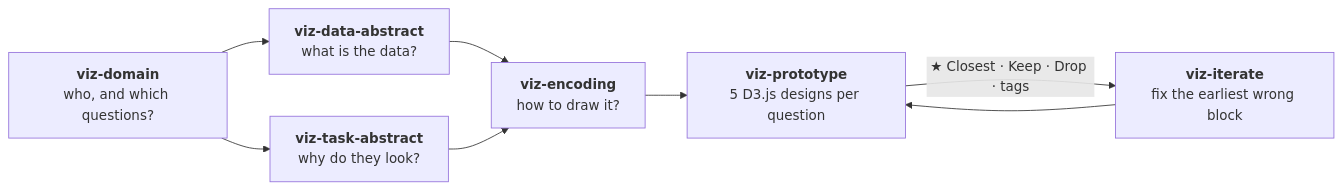
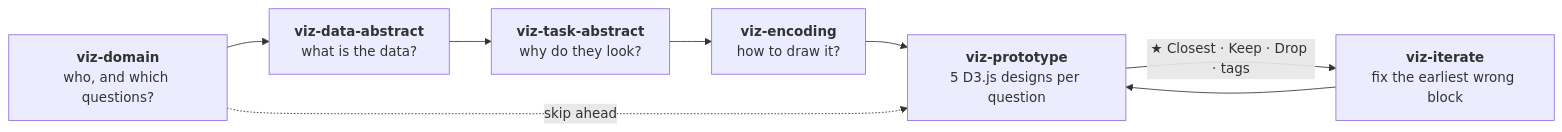
One commit to JoaZaech/viz-engineering-skills changed the diagram in README.md. Above: the diagram before and after it, drawn with Mermaid. The commit also changed other lines of this file, not shown here.

````diff
--- a/README.md
+++ b/README.md
@@ -80,10 +80,10 @@
 ```mermaid
 flowchart LR
     A["<b>viz-domain</b><br/>who, and which questions?"] --> B["<b>viz-data-abstract</b><br/>what is the data?"]
-    A --> C["<b>viz-task-abstract</b><br/>why do they look?"]
-    B --> D["<b>viz-encoding</b><br/>how to draw it?"]
-    C --> D
+    B --> C["<b>viz-task-abstract</b><br/>why do they look?"]
+    C --> D["<b>viz-encoding</b><br/>how to draw it?"]
     D --> E["<b>viz-prototype</b><br/>5 D3.js designs per question"]
+    A -. "skip ahead" .-> E
     E -- "★ Closest · Keep · Drop · tags" --> F["<b>viz-iterate</b><br/>fix the earliest wrong block"]
     F --> E
 ```
````
